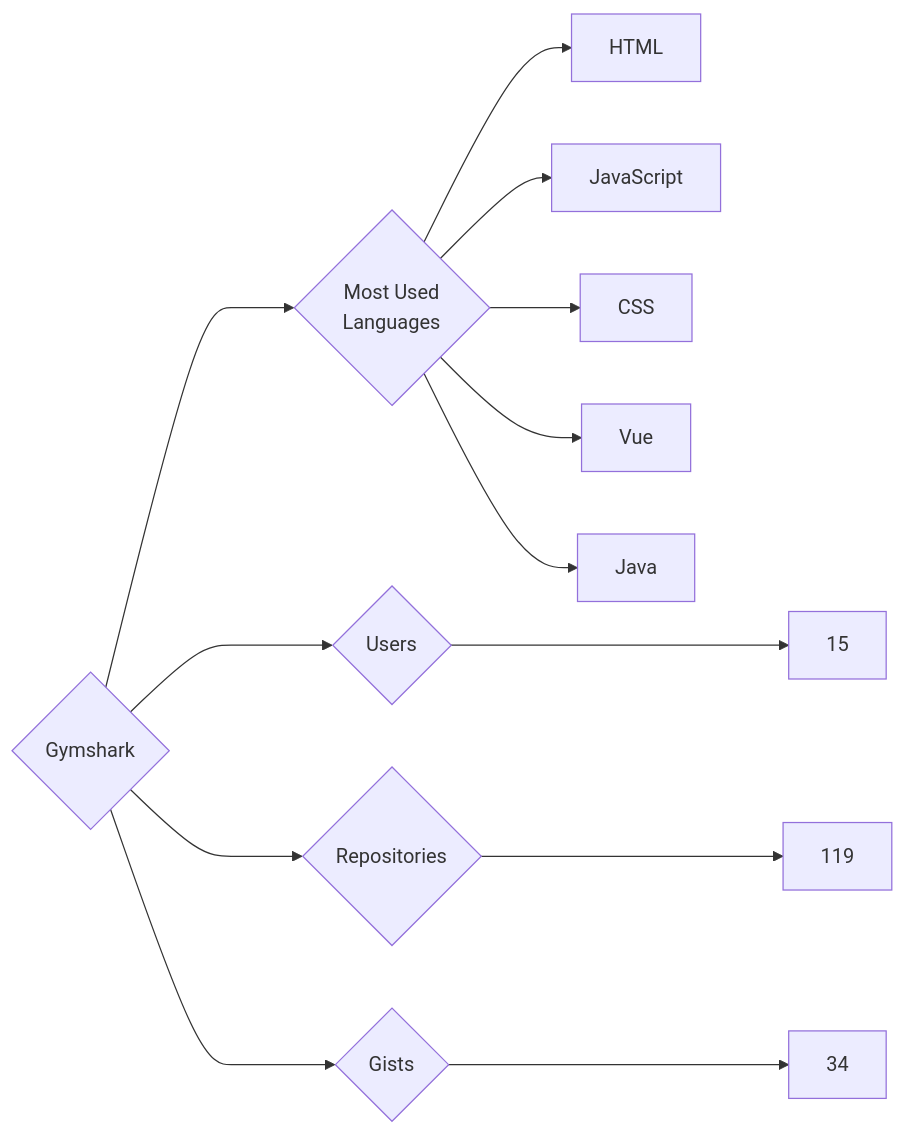
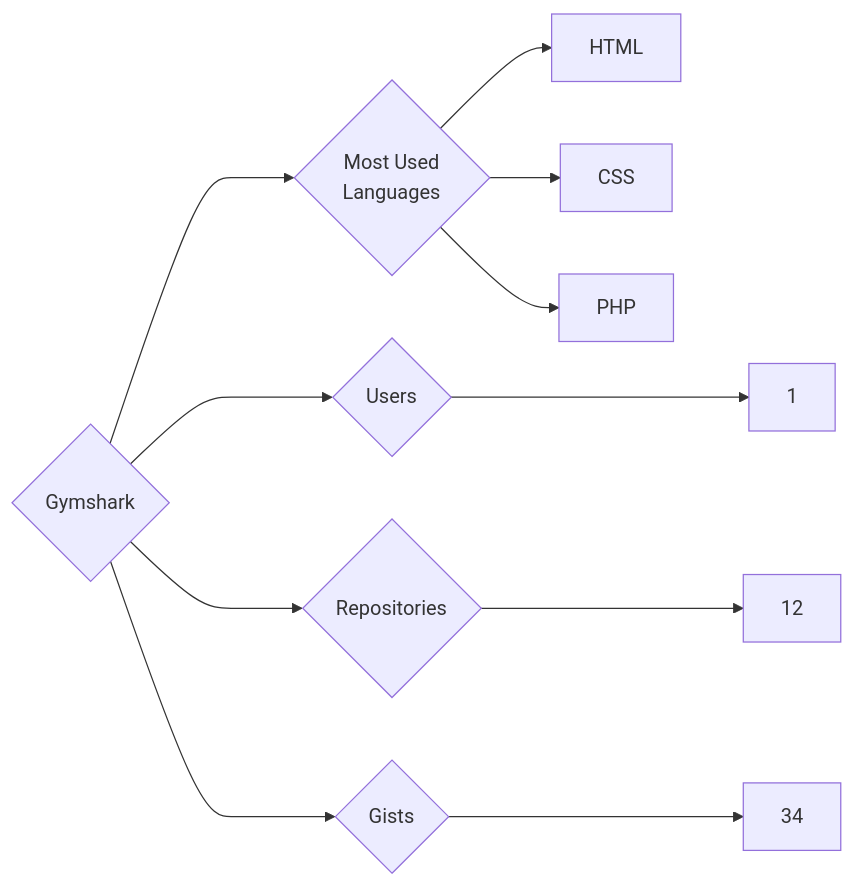
One commit to trickest/insiders changed the diagram in targets/Gymshark/README.md. Above: the diagram before and after it, drawn with Mermaid. The commit also changed 861 other files, not shown here.

````diff
--- a/targets/Gymshark/README.md
+++ b/targets/Gymshark/README.md
@@ -3,13 +3,11 @@
 ```mermaid
 graph LR
 COMPANY_NAME{Gymshark}
-COMPANY_NAME ---> U{Users} ---> UN[15]
-COMPANY_NAME ---> R{Repositories} ---> RN[119]
+COMPANY_NAME ---> U{Users} ---> UN[1]
+COMPANY_NAME ---> R{Repositories} ---> RN[12]
 COMPANY_NAME ---> G{Gists} ---> GN[34]
 COMPANY_NAME ---> ML{Most Used<br>Languages}
 ML --> HTML[HTML]
-ML --> JavaScript[JavaScript]
 ML --> CSS[CSS]
-ML --> Vue[Vue]
-ML --> Java[Java]
+ML --> PHP[PHP]
 ```
````
